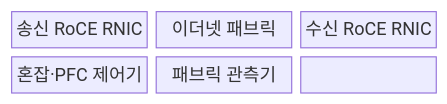
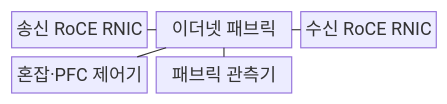
The first of 2 diagrams in src/content/docs/notes/04-network/103_roce.md (agnusdei1207/knowledge-base), drawn with Mermaid before and after one commit. The commit also changed other lines of this file and 16 other files, not shown here.

````diff
--- a/src/content/docs/notes/04-network/103_roce.md
+++ b/src/content/docs/notes/04-network/103_roce.md
@@ -60,11 +60,13 @@
 ```mermaid
 block-beta
     columns 3
     A["송신 RoCE RNIC"]
     B["이더넷 패브릭"]
     C["수신 RoCE RNIC"]
     D["혼잡·PFC 제어기"]
     E["패브릭 관측기"]
-    A --- B --- C
-    C --- D --- E
+    A --- B
+    B --- C
+    B --- D
+    B --- E
 ```
````
